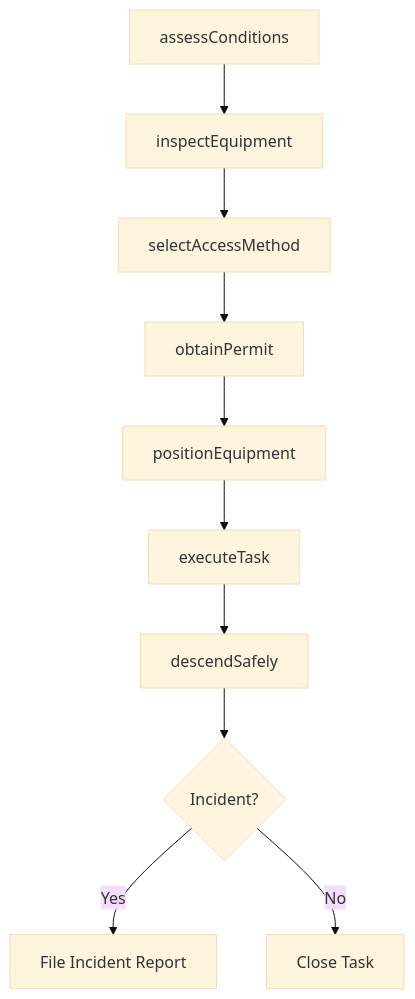
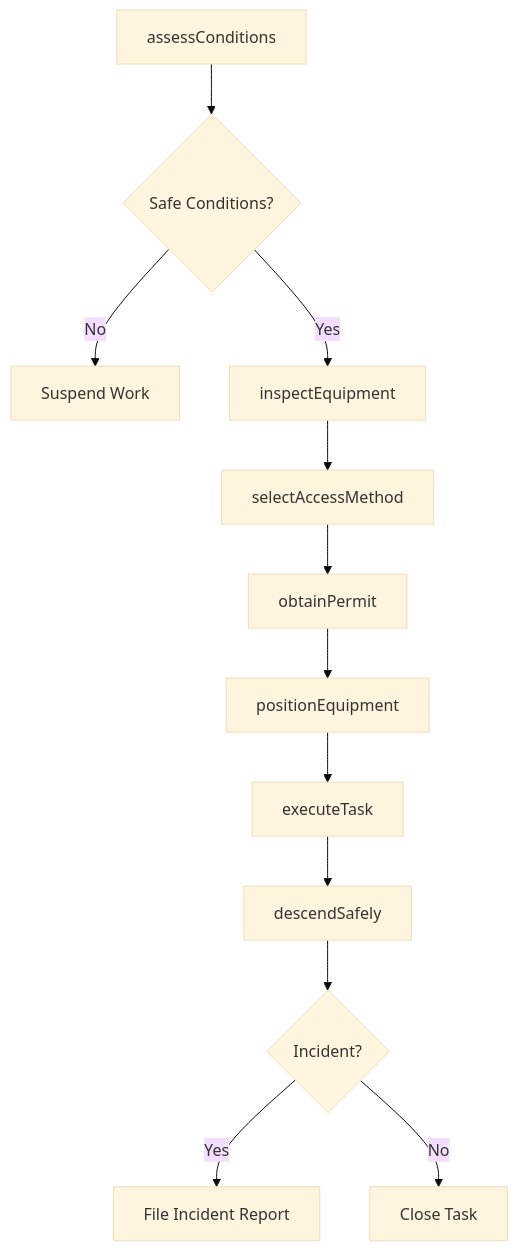
Before and after one commit to dot-org-ai/tasks.org.ai: the third of 4 diagrams in PerformingGeneralPhysicalActivities/ClimbEquipmentOrStructures/ClimbLaddersVehiclesPerformDuties.mdx, drawn with Mermaid (base theme). The commit also changed other lines of this file and 504 other files, not shown here.

First line of the commit message:
feat: Add ER diagrams, state diagrams, and workflow improvements to 96 DWA task files

````diff
--- a/PerformingGeneralPhysicalActivities/ClimbEquipmentOrStructures/ClimbLaddersVehiclesPerformDuties.mdx
+++ b/PerformingGeneralPhysicalActivities/ClimbEquipmentOrStructures/ClimbLaddersVehiclesPerformDuties.mdx
@@ -87,12 +118,14 @@
 ```mermaid
 graph TD
-    A[assessConditions] --> B[inspectEquipment]
-    B --> C[selectAccessMethod]
-    C --> D[obtainPermit]
-    D --> E[positionEquipment]
-    E --> F[executeTask]
-    F --> G[descendSafely]
-    G --> H{Incident?}
-    H -->|Yes| I[File Incident Report]
-    H -->|No| J[Close Task]
+    A[assessConditions] --> B{Safe Conditions?}
+    B -->|No| A1[Suspend Work]
+    B -->|Yes| C[inspectEquipment]
+    C --> D[selectAccessMethod]
+    D --> E[obtainPermit]
+    E --> F[positionEquipment]
+    F --> G[executeTask]
+    G --> H[descendSafely]
+    H --> I{Incident?}
+    I -->|Yes| J[File Incident Report]
+    I -->|No| K[Close Task]
 ```
````
